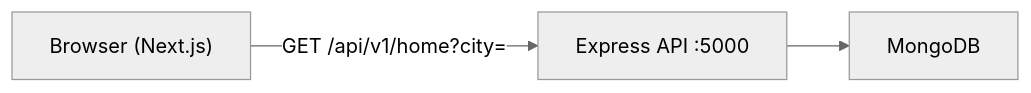
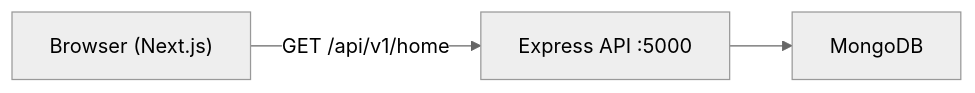
One commit to Mohammad-EisaZadeh/Airbnb changed the diagram in README.md. Above: the diagram before and after it, drawn with Mermaid (neutral theme).

Commit message:
Fix API endpoint in README for home service
Updated API endpoint in README to reflect changes in query parameters.

````diff
--- a/README.md
+++ b/README.md
@@ -37,9 +37,9 @@
 ```mermaid
 flowchart LR
   Browser["Browser (Next.js)"]
   API["Express API :5000"]
   DB["MongoDB"]
 
-  Browser -->|"GET /api/v1/home?city="| API
+  Browser -->|"GET /api/v1/home"| API
   API --> DB
 ```
````
